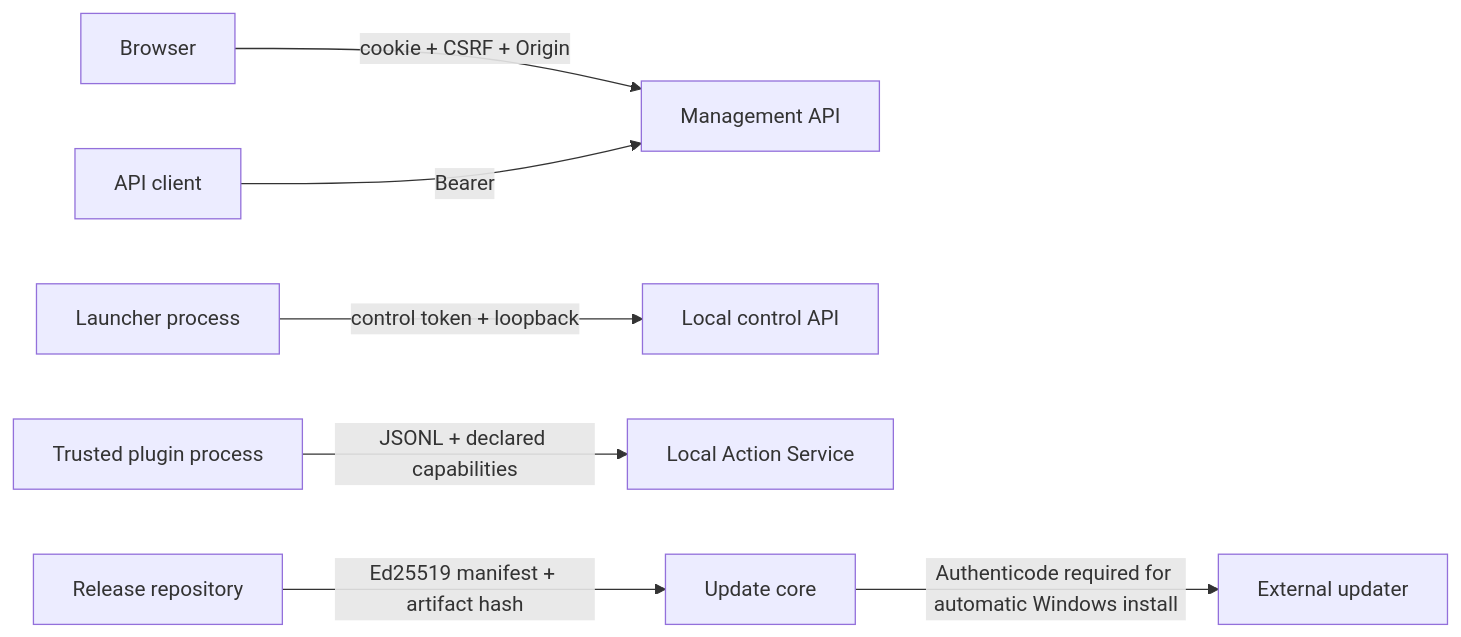
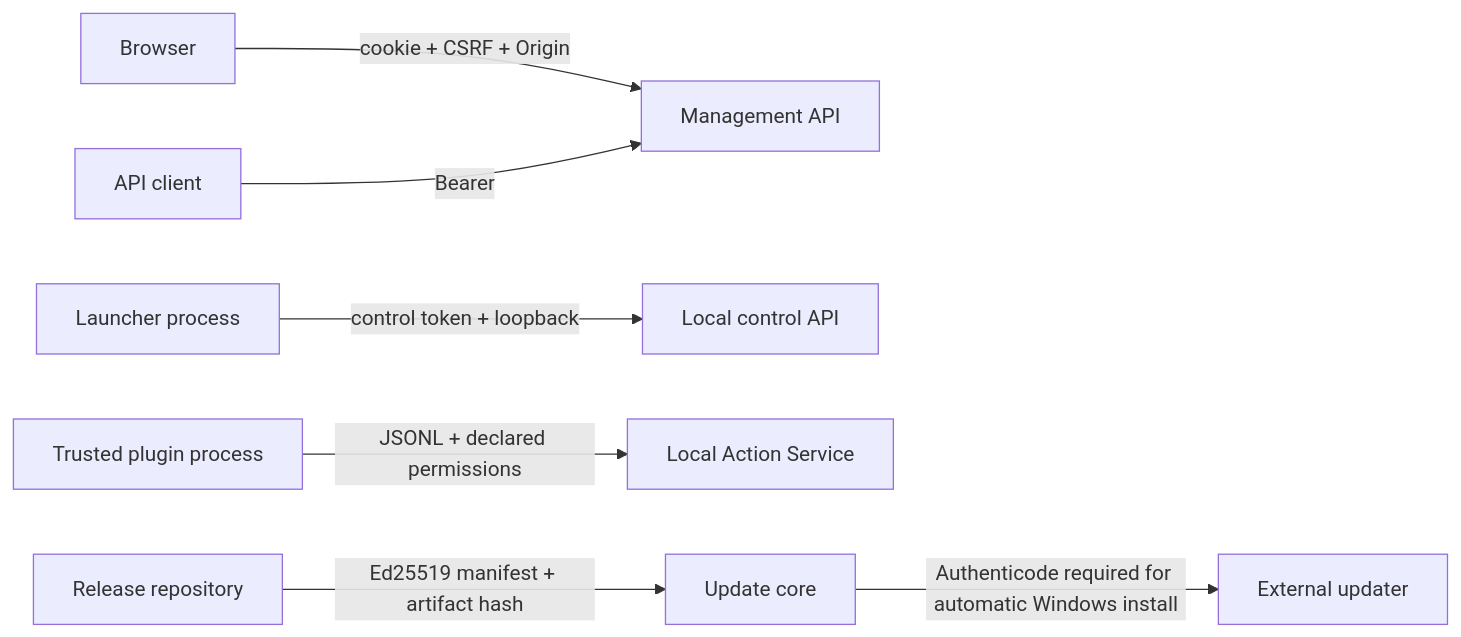
One commit to RayleaBot/RayleaBot changed the second of 2 diagrams in docs/architecture/platform-architecture.md. Above: the diagram before and after it, drawn with Mermaid. The commit also changed other lines of this file and 506 other files, not shown here.

````diff
--- a/docs/architecture/platform-architecture.md
+++ b/docs/architecture/platform-architecture.md
@@ -67,9 +67,9 @@
 ```mermaid
 flowchart LR
     Browser["Browser"] -->|"cookie + CSRF + Origin"| API["Management API"]
     Tool["API client"] -->|"Bearer"| API
     Launcher["Launcher process"] -->|"control token + loopback"| Control["Local control API"]
-    Plugin["Trusted plugin process"] -->|"JSONL + declared capabilities"| Actions["Local Action Service"]
+    Plugin["Trusted plugin process"] -->|"JSONL + declared permissions"| Actions["Local Action Service"]
     Release["Release repository"] -->|"Ed25519 manifest + artifact hash"| Core["Update core"]
     Core -->|"Authenticode required for automatic Windows install"| Helper["External updater"]
 ```
````
